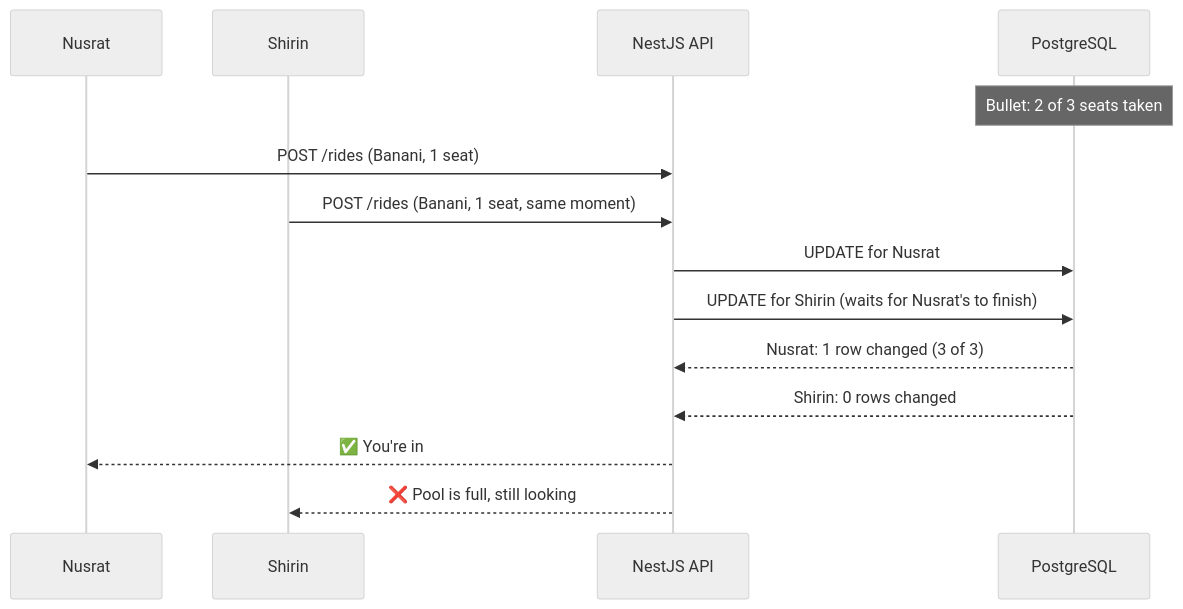
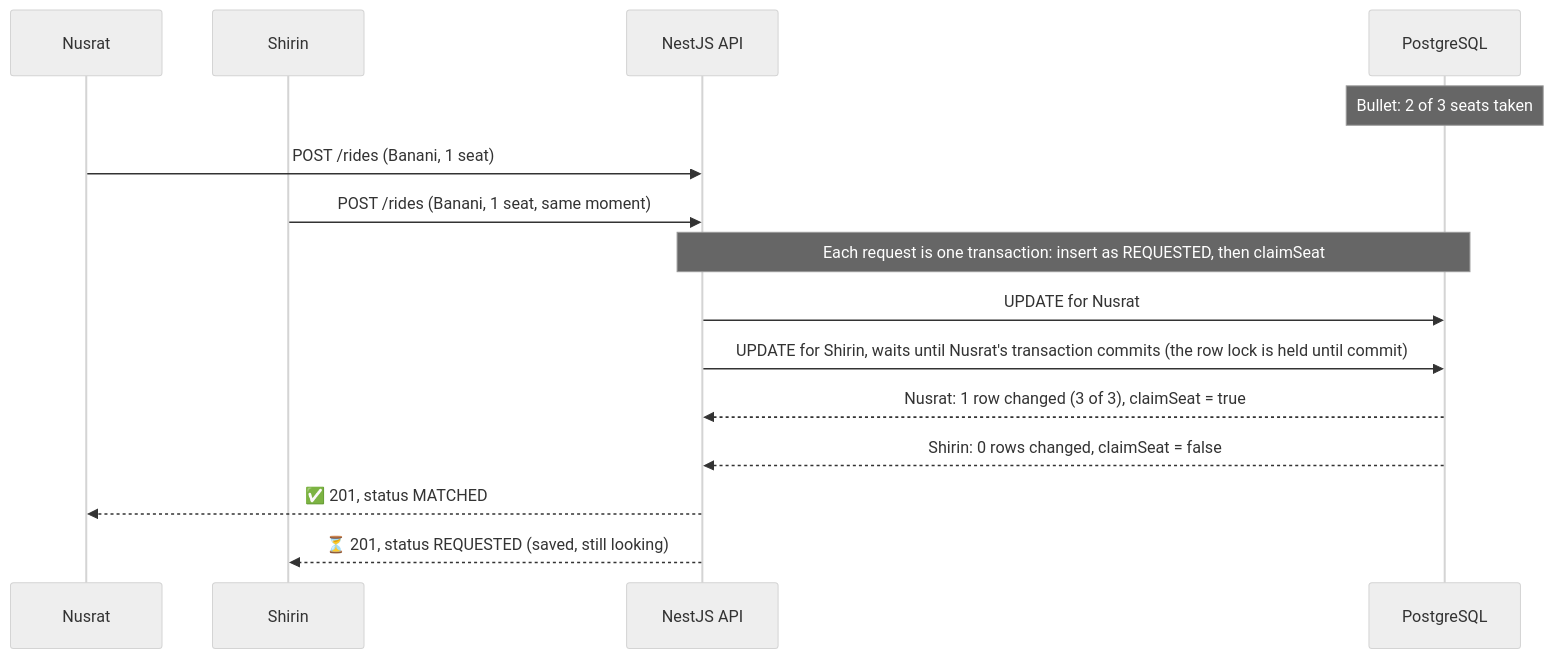
Before and after one commit to zobayer-hosen/dhaka-tesla-pool: the fourth of 5 diagrams in docs/ARCHITECTURE.md, drawn with Mermaid (neutral theme). The commit also changed other lines of this file and 1 other file, not shown here.

Commit message:
docs(architecture): keep the losing auto-join request as REQUESTED

````diff
--- a/docs/ARCHITECTURE.md
+++ b/docs/ARCHITECTURE.md
@@ -248,17 +256,18 @@
 ```mermaid
 sequenceDiagram
   participant N as Nusrat
   participant S as Shirin
   participant API as NestJS API
   participant DB as PostgreSQL
 
   Note over DB: Bullet: 2 of 3 seats taken
   N->>API: POST /rides (Banani, 1 seat)
   S->>API: POST /rides (Banani, 1 seat, same moment)
+  Note over API,DB: Each request is one transaction: insert as REQUESTED, then claimSeat
   API->>DB: UPDATE for Nusrat
-  API->>DB: UPDATE for Shirin (waits for Nusrat's to finish)
-  DB-->>API: Nusrat: 1 row changed (3 of 3)
-  DB-->>API: Shirin: 0 rows changed
-  API-->>N: ✅ You're in
-  API-->>S: ❌ Pool is full, still looking
+  API->>DB: UPDATE for Shirin, waits until Nusrat's transaction commits (the row lock is held until commit)
+  DB-->>API: Nusrat: 1 row changed (3 of 3), claimSeat = true
+  DB-->>API: Shirin: 0 rows changed, claimSeat = false
+  API-->>N: ✅ 201, status MATCHED
+  API-->>S: ⏳ 201, status REQUESTED (saved, still looking)
 ```
````
